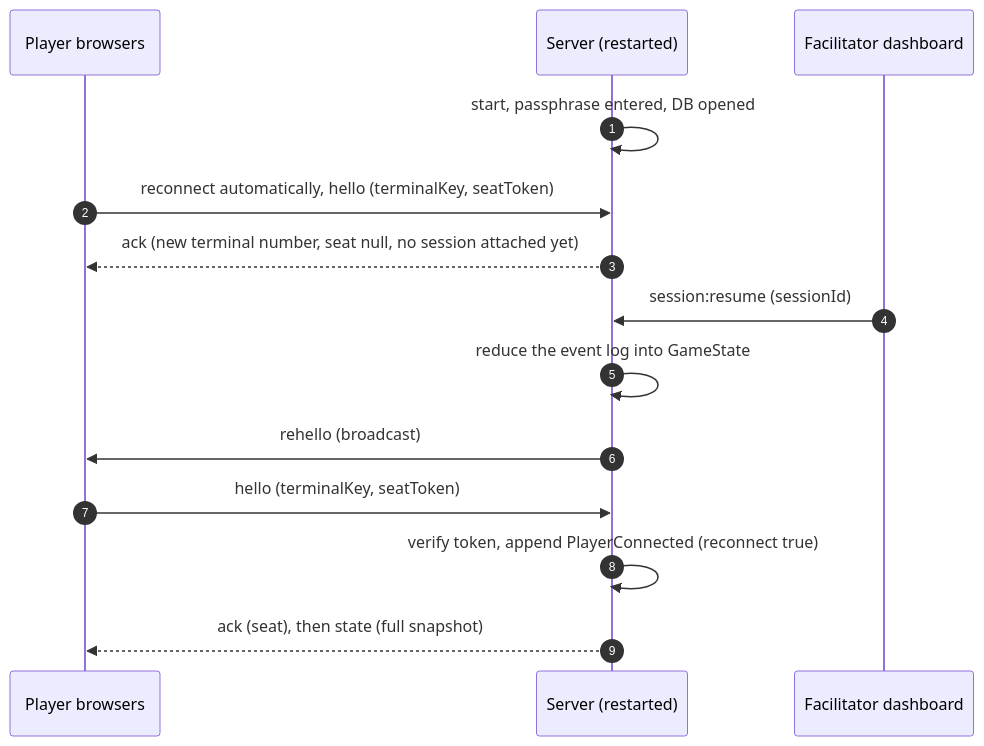
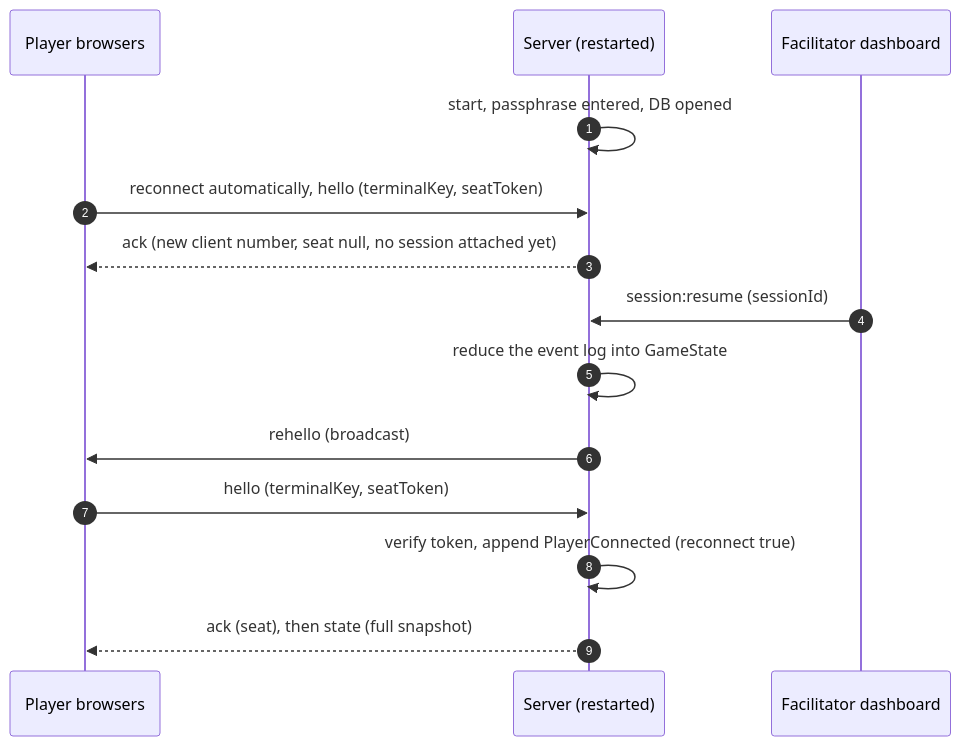
One commit to xy-zak/WhoKnowsWhoActs changed the fifth of 6 diagrams in docs/NETWORKING.md. Above: the diagram before and after it, drawn with Mermaid. The commit also changed other lines of this file and 49 other files, not shown here.

````diff
--- a/docs/NETWORKING.md
+++ b/docs/NETWORKING.md
@@ -184,16 +184,16 @@
 ```mermaid
 sequenceDiagram
   autonumber
   participant B as Player browsers
   participant S as Server (restarted)
   participant F as Facilitator dashboard
   S->>S: start, passphrase entered, DB opened
   B->>S: reconnect automatically, hello (terminalKey, seatToken)
-  S-->>B: ack (new terminal number, seat null, no session attached yet)
+  S-->>B: ack (new client number, seat null, no session attached yet)
   F->>S: session:resume (sessionId)
   S->>S: reduce the event log into GameState
   S->>B: rehello (broadcast)
   B->>S: hello (terminalKey, seatToken)
   S->>S: verify token, append PlayerConnected (reconnect true)
   S-->>B: ack (seat), then state (full snapshot)
 ```
````
